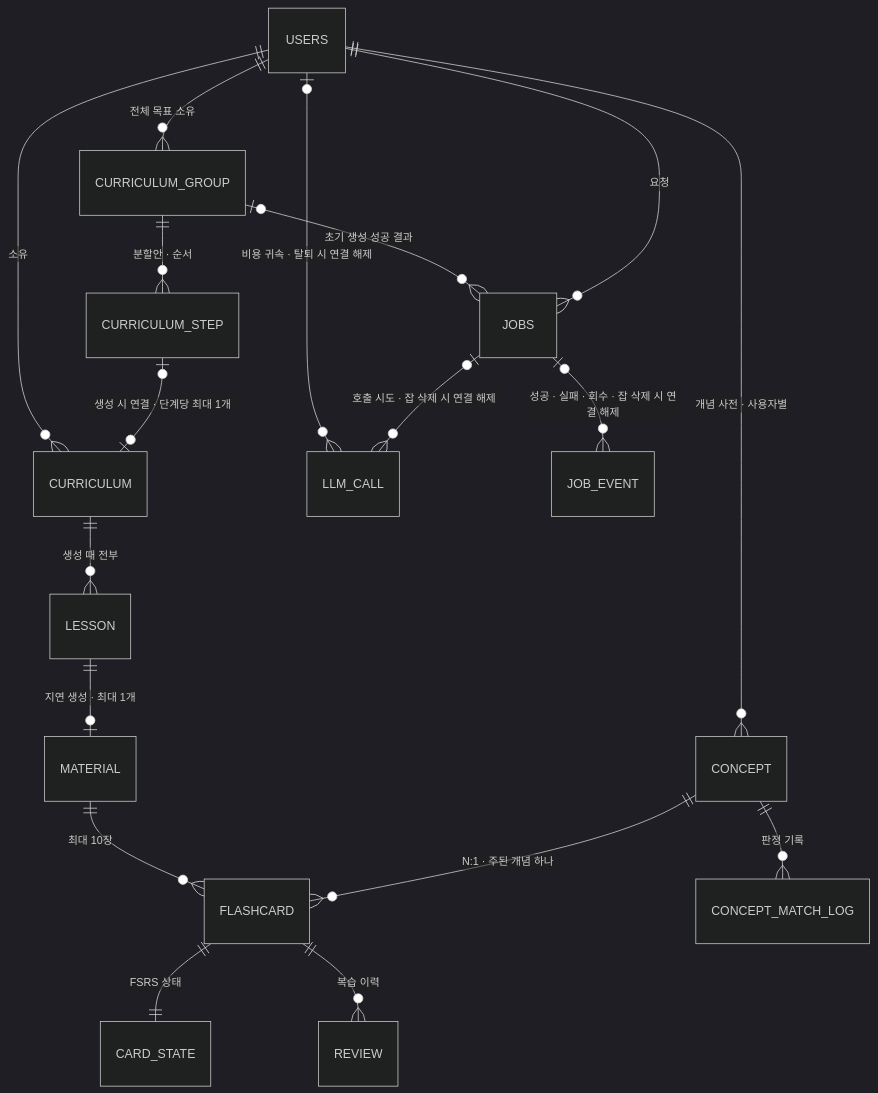
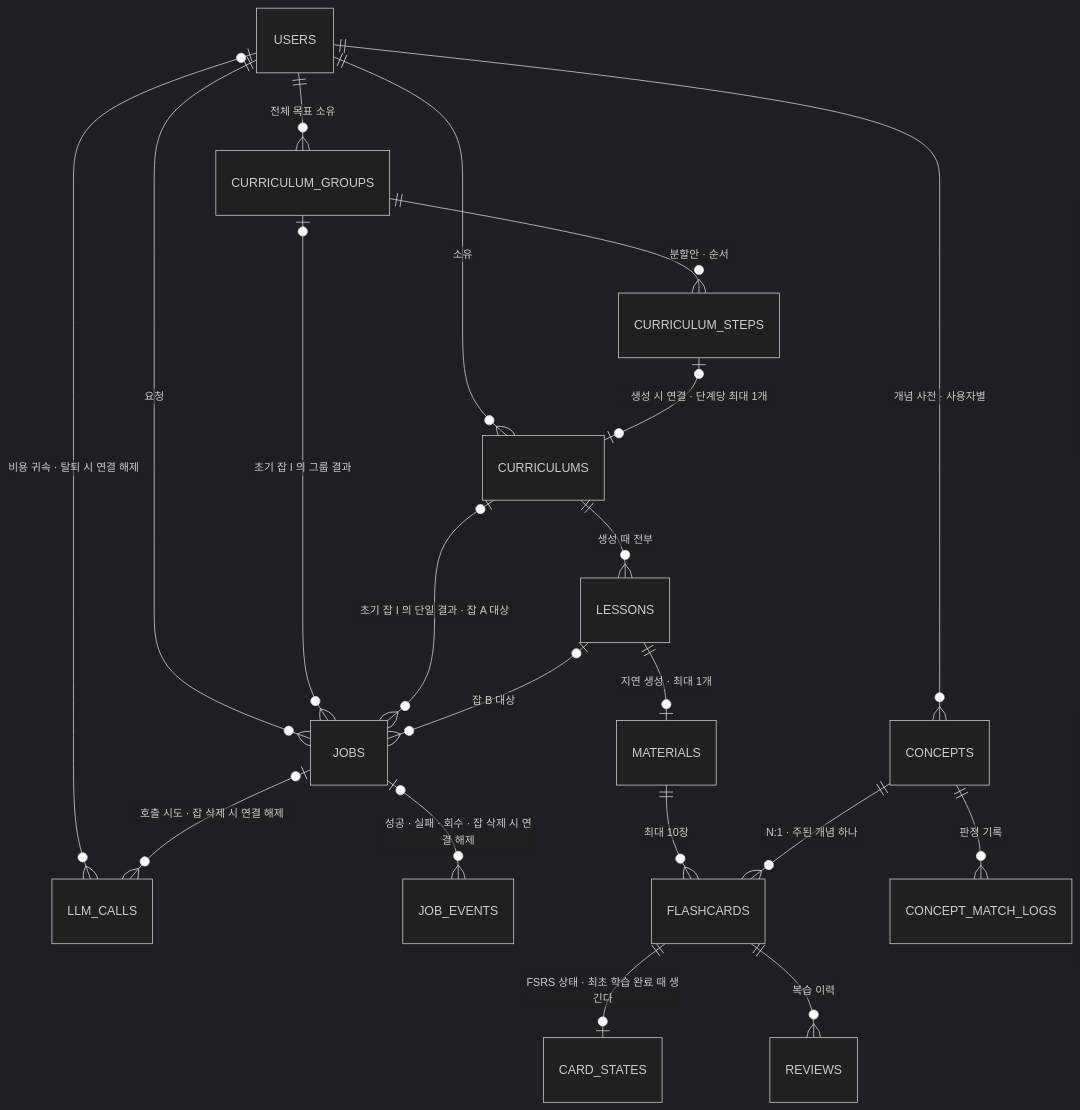
The first of 4 diagrams in docs/02-domain-data.md (f-lab-edu/Mogum), drawn with Mermaid (dark theme) before and after one commit. The commit also changed other lines of this file and 11 other files, not shown here.

````diff
--- a/docs/02-domain-data.md
+++ b/docs/02-domain-data.md
@@ -10,20 +10,22 @@
 ```mermaid
 erDiagram
-    USERS           ||--o{ CURRICULUM        : "소유"
-    USERS           ||--o{ CURRICULUM_GROUP  : "전체 목표 소유"
-    CURRICULUM_GROUP ||--o{ CURRICULUM_STEP   : "분할안 · 순서"
-    CURRICULUM_STEP  |o--o| CURRICULUM        : "생성 시 연결 · 단계당 최대 1개"
-    CURRICULUM_GROUP |o--o{ JOBS              : "초기 생성 성공 결과"
-    USERS           ||--o{ JOBS              : "요청"
-    USERS           ||--o{ CONCEPT           : "개념 사전 · 사용자별"
-    USERS           |o--o{ LLM_CALL          : "비용 귀속 · 탈퇴 시 연결 해제"
-    JOBS            |o--o{ LLM_CALL          : "호출 시도 · 잡 삭제 시 연결 해제"
-    JOBS            |o--o{ JOB_EVENT         : "성공 · 실패 · 회수 · 잡 삭제 시 연결 해제"
-    CURRICULUM      ||--o{ LESSON            : "생성 때 전부"
-    LESSON          ||--o| MATERIAL          : "지연 생성 · 최대 1개"
-    MATERIAL        ||--o{ FLASHCARD         : "최대 10장"
-    FLASHCARD       ||--|| CARD_STATE        : "FSRS 상태"
-    FLASHCARD       ||--o{ REVIEW            : "복습 이력"
-    CONCEPT         ||--o{ FLASHCARD         : "N:1 · 주된 개념 하나"
-    CONCEPT         ||--o{ CONCEPT_MATCH_LOG : "판정 기록"
+    USERS             ||--o{ CURRICULUMS        : "소유"
+    USERS             ||--o{ CURRICULUM_GROUPS  : "전체 목표 소유"
+    CURRICULUM_GROUPS ||--o{ CURRICULUM_STEPS   : "분할안 · 순서"
+    CURRICULUM_STEPS  |o--o| CURRICULUMS        : "생성 시 연결 · 단계당 최대 1개"
+    USERS             ||--o{ JOBS               : "요청"
+    CURRICULUM_GROUPS |o--o{ JOBS               : "초기 잡 I 의 그룹 결과"
+    CURRICULUMS       |o--o{ JOBS               : "초기 잡 I 의 단일 결과 · 잡 A 대상"
+    LESSONS           |o--o{ JOBS               : "잡 B 대상"
+    USERS             ||--o{ CONCEPTS           : "개념 사전 · 사용자별"
+    USERS             |o--o{ LLM_CALLS          : "비용 귀속 · 탈퇴 시 연결 해제"
+    JOBS              |o--o{ LLM_CALLS          : "호출 시도 · 잡 삭제 시 연결 해제"
+    JOBS              |o--o{ JOB_EVENTS         : "성공 · 실패 · 회수 · 잡 삭제 시 연결 해제"
+    CURRICULUMS       ||--o{ LESSONS            : "생성 때 전부"
+    LESSONS           ||--o| MATERIALS          : "지연 생성 · 최대 1개"
+    MATERIALS         ||--o{ FLASHCARDS         : "최대 10장"
+    FLASHCARDS        ||--o| CARD_STATES        : "FSRS 상태 · 최초 학습 완료 때 생긴다"
+    FLASHCARDS        ||--o{ REVIEWS            : "복습 이력"
+    CONCEPTS          ||--o{ FLASHCARDS         : "N:1 · 주된 개념 하나"
+    CONCEPTS          ||--o{ CONCEPT_MATCH_LOGS : "판정 기록"
 ```
````
